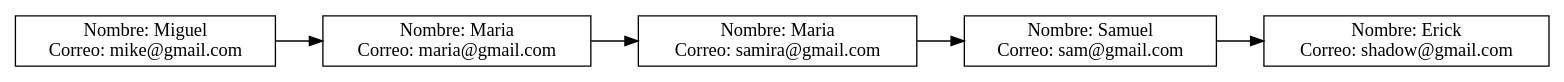
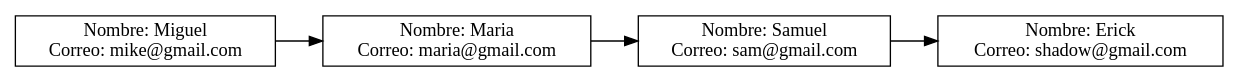
One commit to Kevin-alvarez1/PROYECTO_MULTIFASES_RED_SOCIAL changed the diagram in Fase1/output/usuarios.dot. Above: the diagram before and after it, drawn with Graphviz. The commit also changed 20 other files, not shown here.

```diff
--- a/Fase1/output/usuarios.dot
+++ b/Fase1/output/usuarios.dot
@@ -1,13 +1,11 @@
 digraph G {
 node [shape=record];
 rankdir=LR;
 node0 [label="{Nombre: Miguel\nCorreo: mike@gmail.com}"];
 node0 -> node1;
 node1 [label="{Nombre: Maria\nCorreo: maria@gmail.com}"];
 node1 -> node2;
-node2 [label="{Nombre: Maria\nCorreo: samira@gmail.com}"];
+node2 [label="{Nombre: Samuel\nCorreo: sam@gmail.com}"];
 node2 -> node3;
-node3 [label="{Nombre: Samuel\nCorreo: sam@gmail.com}"];
-node3 -> node4;
-node4 [label="{Nombre: Erick\nCorreo: shadow@gmail.com}"];
+node3 [label="{Nombre: Erick\nCorreo: shadow@gmail.com}"];
 }
```
